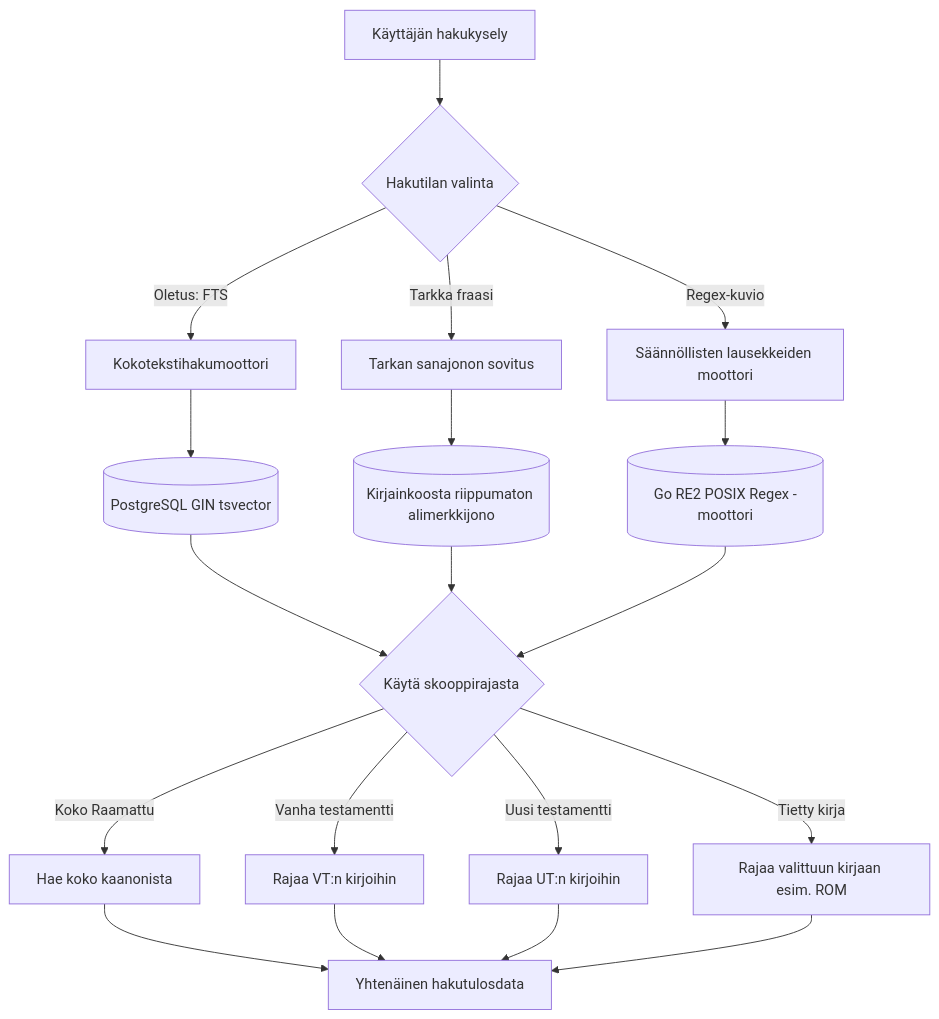
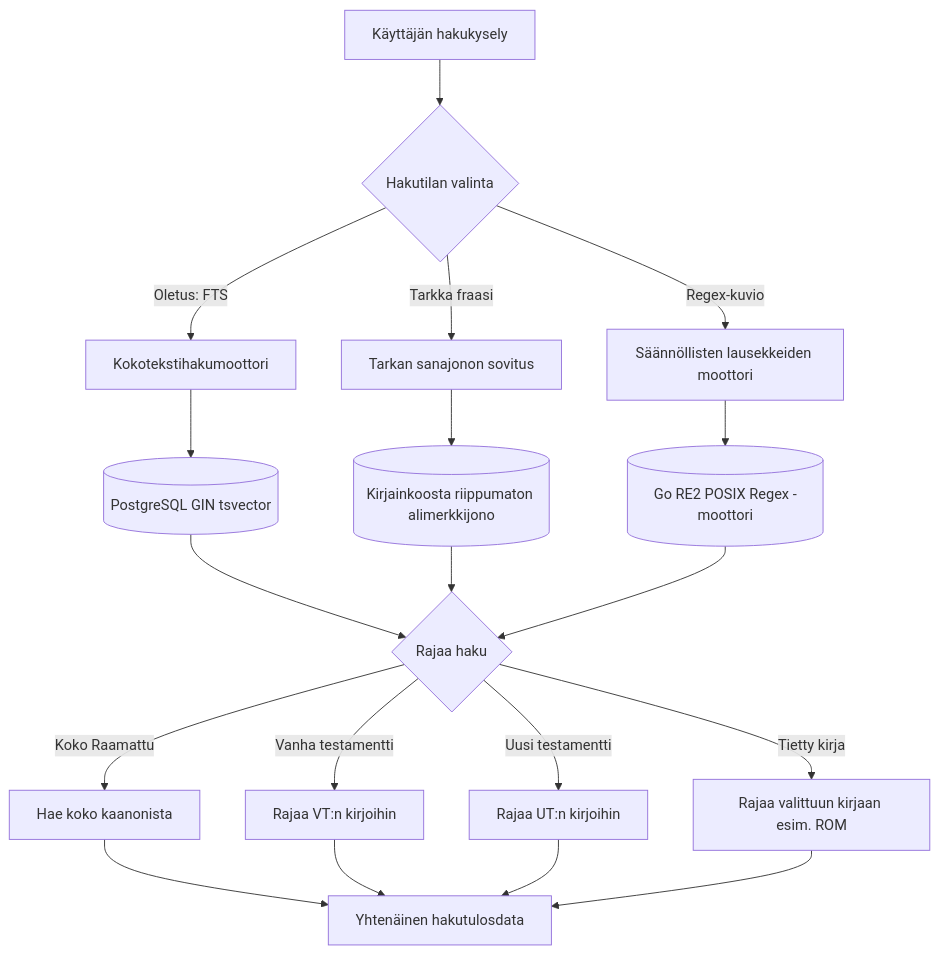
One commit to mvirtai/clible-v3-go changed the diagram in docs/fi/guide/search-and-analytics.md. Above: the diagram before and after it, drawn with Mermaid. The commit also changed other lines of this file and 21 other files, not shown here.

````diff
--- a/docs/fi/guide/search-and-analytics.md
+++ b/docs/fi/guide/search-and-analytics.md
@@ -11,26 +11,26 @@
 ```mermaid
 flowchart TD
     QUERY["Käyttäjän hakukysely"] --> MODE{"Hakutilan valinta"}
 
     MODE -->|Oletus: FTS| FTS["Kokotekstihakumoottori"]
     MODE -->|Tarkka fraasi| PHRASE["Tarkan sanajonon sovitus"]
     MODE -->|Regex-kuvio| REGEX["Säännöllisten lausekkeiden moottori"]
 
     FTS --> GIN[("PostgreSQL GIN tsvector")]
     PHRASE --> ILIKE[("Kirjainkoosta riippumaton alimerkkijono")]
     REGEX --> RE2[("Go RE2 POSIX Regex -moottori")]
 
-    GIN --> SCOPE{"Käytä skooppirajasta"}
+    GIN --> SCOPE{"Rajaa haku"}
     ILIKE --> SCOPE
     RE2 --> SCOPE
 
     SCOPE -->|Koko Raamattu| R1["Hae koko kaanonista"]
     SCOPE -->|Vanha testamentti| R2["Rajaa VT:n kirjoihin"]
     SCOPE -->|Uusi testamentti| R3["Rajaa UT:n kirjoihin"]
     SCOPE -->|Tietty kirja| R4["Rajaa valittuun kirjaan esim. ROM"]
 
     R1 --> OUT["Yhtenäinen hakutulosdata"]
     R2 --> OUT
     R3 --> OUT
     R4 --> OUT
 ```
````
